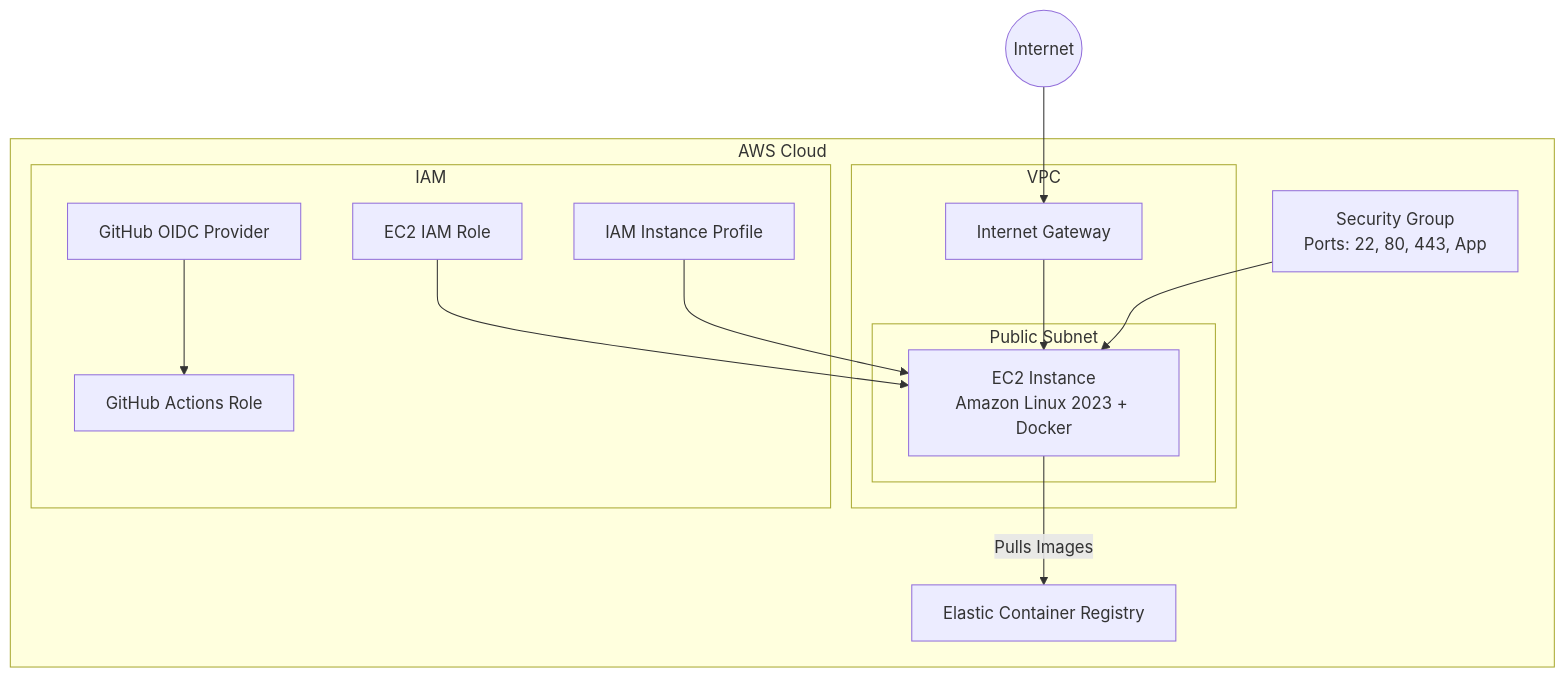
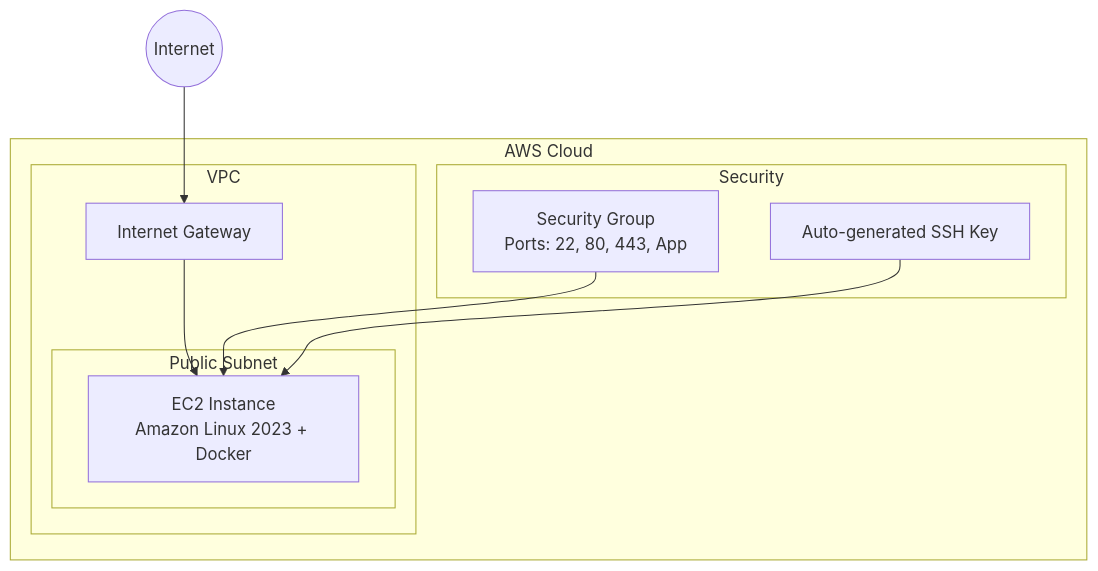
The second of 3 diagrams in README.md (yashchokhat/vertex-on-edge-cli), drawn with Mermaid before and after one commit. The commit also changed other lines of this file, not shown here.

Commit message:
docs: update architecture documentation to reflect new SCP deployment mechanism

````diff
--- a/README.md
+++ b/README.md
@@ -38,30 +38,21 @@
 ```mermaid
 flowchart TD
     subgraph AWS Cloud
         subgraph VPC
             IGW[Internet Gateway]
             subgraph Public Subnet
                 EC2[EC2 Instance\nAmazon Linux 2023 + Docker]
             end
         end
         
-        ECR[Elastic Container Registry]
-        
-        subgraph IAM
-            OIDC[GitHub OIDC Provider]
-            GHRole[GitHub Actions Role]
-            EC2Role[EC2 IAM Role]
-            InstanceProfile[IAM Instance Profile]
+        subgraph Security
+            SG[Security Group\nPorts: 22, 80, 443, App]
+            SSH[Auto-generated SSH Key]
         end
-        
-        SG[Security Group\nPorts: 22, 80, 443, App]
     end
     
     Internet((Internet)) --> IGW
     IGW --> EC2
-    EC2 --> |Pulls Images| ECR
-    EC2Role --> EC2
-    InstanceProfile --> EC2
     SG --> EC2
-    OIDC --> GHRole
+    SSH --> EC2
 ```
````
